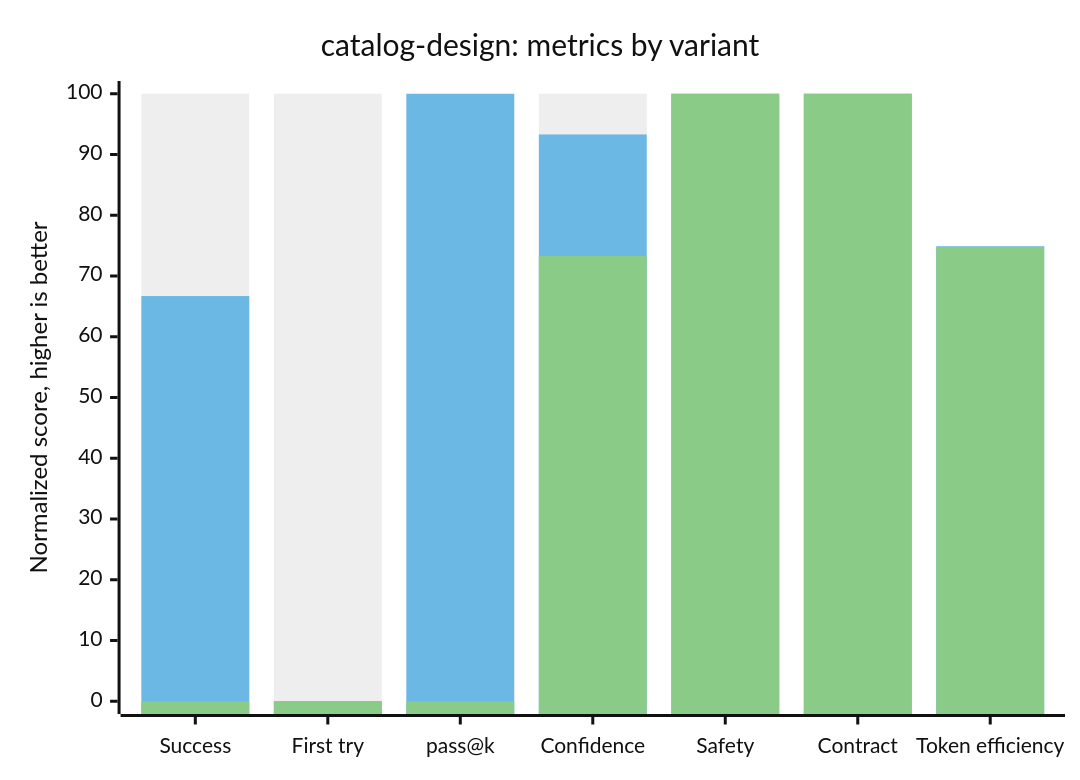
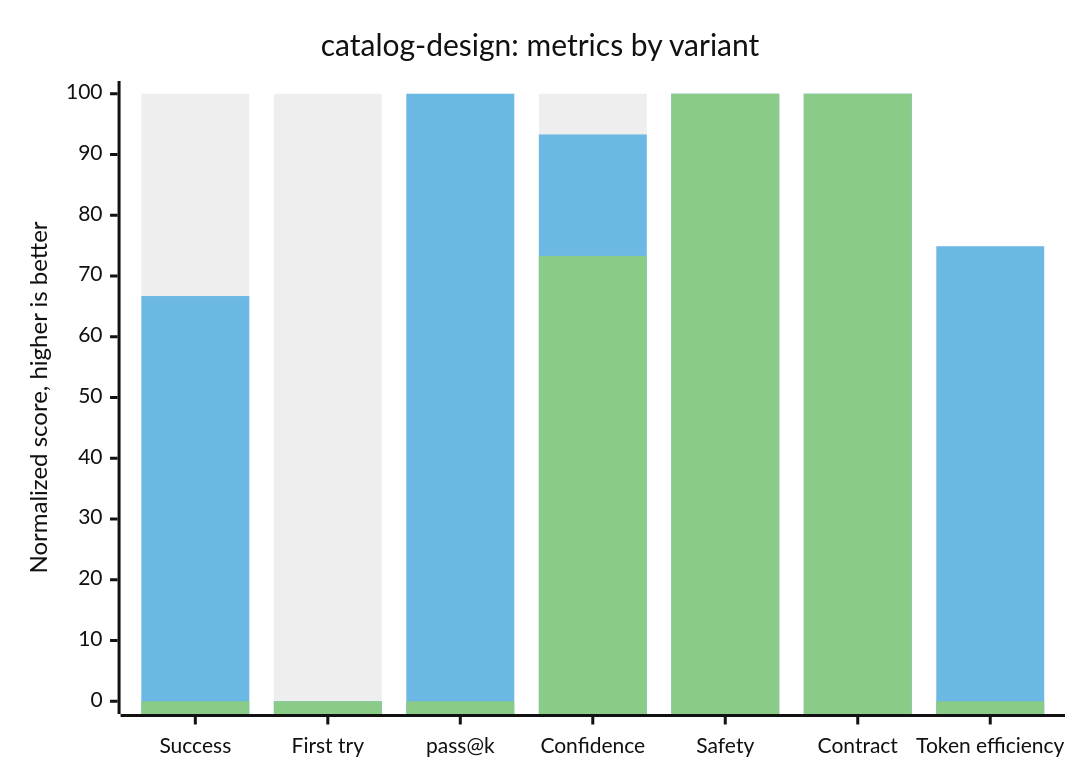
Before and after one commit to apyanzin-xsolla/ai-kit-eval-dashboard: the first of 7 diagrams in README.md, drawn with Mermaid (neutral theme). The commit also changed other lines of this file and 1 other file, not shown here.

Commit message:
docs: fix per-skill chart token efficiency

````diff
--- a/README.md
+++ b/README.md
@@ -110,9 +110,9 @@
 ```mermaid
 xychart-beta
     title "catalog-design: metrics by variant"
     x-axis ["Success", "First try", "pass@k", "Confidence", "Safety", "Contract", "Token efficiency"]
     y-axis "Normalized score, higher is better" 0 --> 100
     bar [100, 100, 100, 100, 100, 100, 73.6]
     bar [66.7, 0, 100, 93.3, 100, 100, 74.9]
-    bar [0, 0, 0, 73.3, 100, 100, 74.8]
+    bar [0, 0, 0, 73.3, 100, 100, 0]
 ```
````
